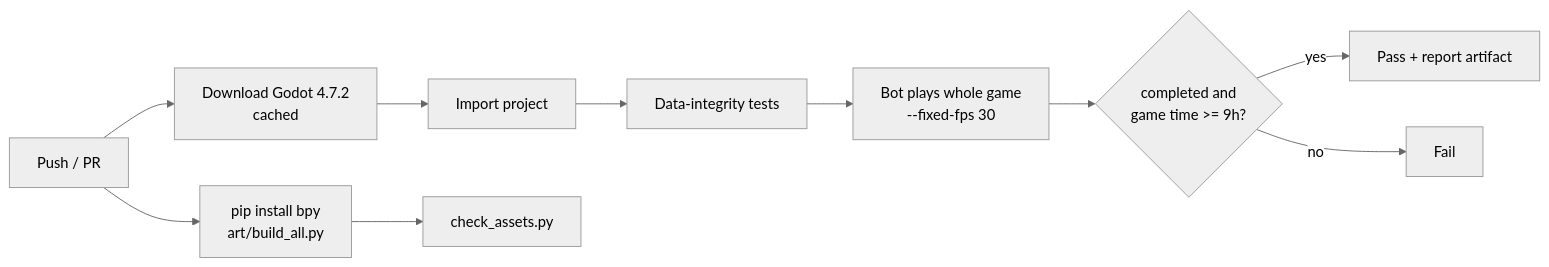
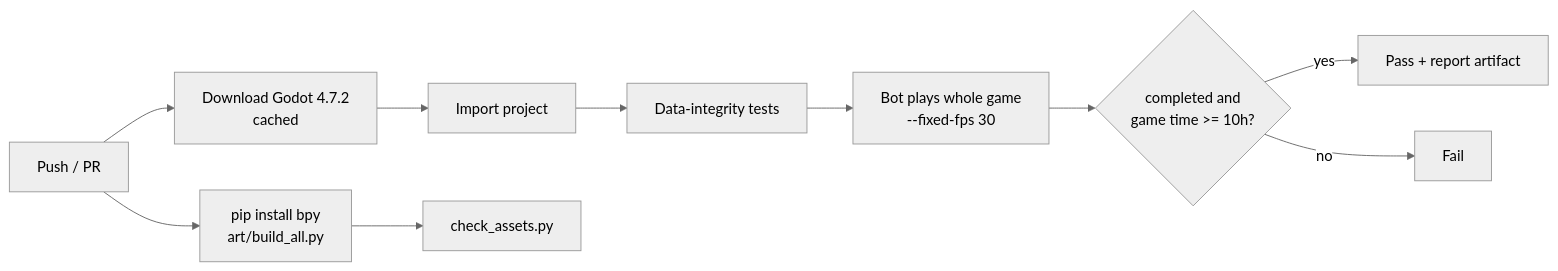
Diagram 17 of 17 in README.md (jgyy/timegox), drawn with Mermaid (neutral theme) before and after one commit. The commit also changed other lines of this file and 98 other files, not shown here.

````diff
--- a/README.md
+++ b/README.md
@@ -841,11 +969,11 @@
 ```mermaid
 flowchart LR
     PR[Push / PR] --> DL[Download Godot 4.7.2<br/>cached]
     DL --> IMP[Import project]
     IMP --> T[Data-integrity tests]
     T --> B[Bot plays whole game<br/>--fixed-fps 30]
-    B --> G{completed and<br/>game time >= 9h?}
+    B --> G{completed and<br/>game time >= 10h?}
     PR --> ART[pip install bpy<br/>art/build_all.py] --> CHK[check_assets.py]
     G -- yes --> OK[Pass + report artifact]
     G -- no --> FAIL[Fail]
 ```
````
